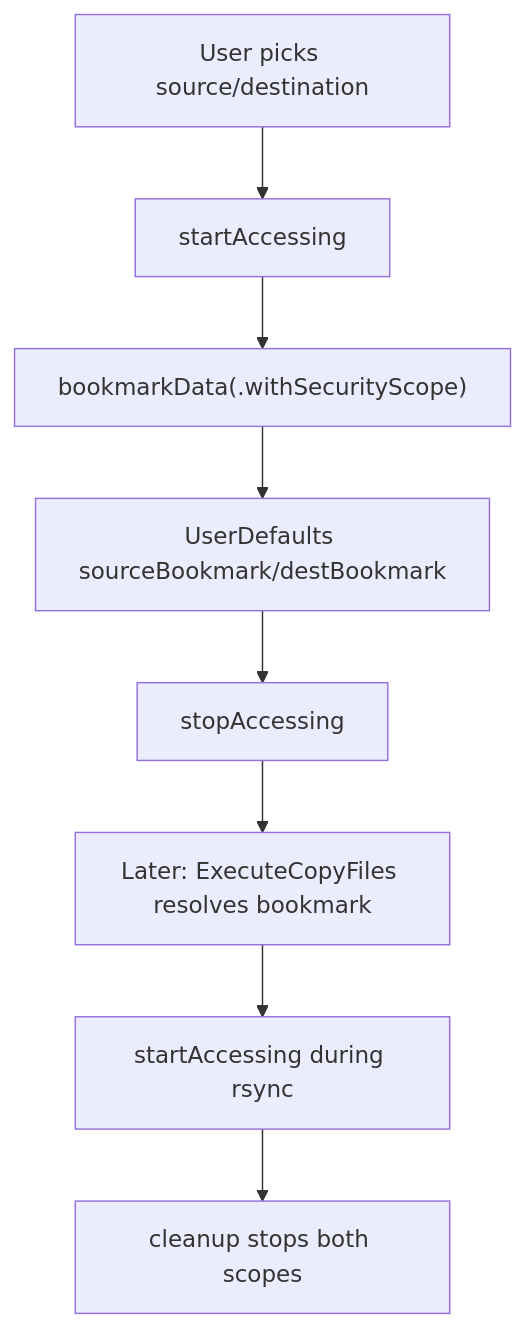
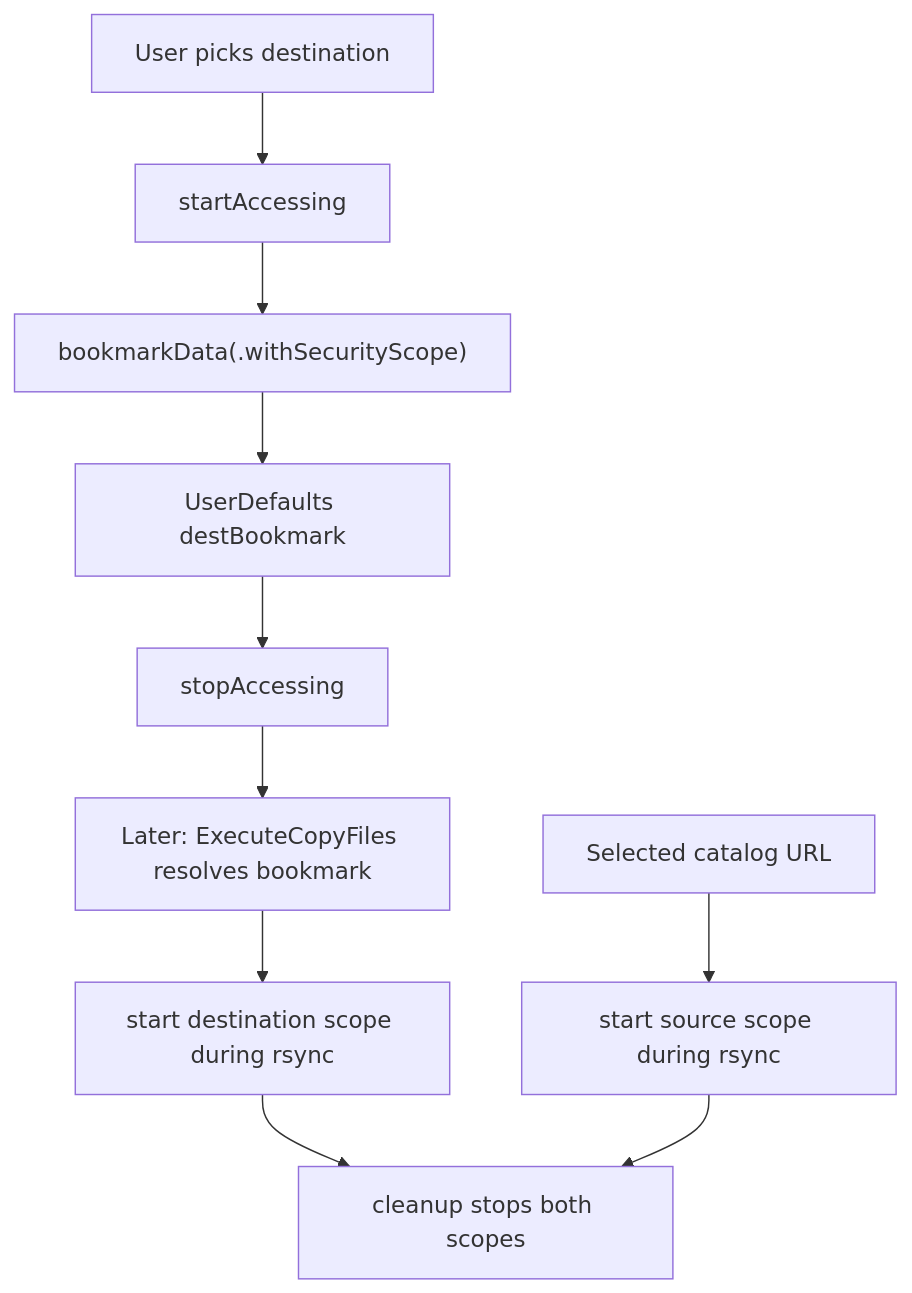
Before and after one commit to rsyncOSX/TechDocRawcull: the fourth of 4 diagrams in content/en/docs/security.md, drawn with Mermaid. The commit also changed other lines of this file and 36 other files, not shown here.

````diff
--- a/content/en/docs/security.md
+++ b/content/en/docs/security.md
@@ -177,10 +178,12 @@
 ```mermaid
 flowchart TD
-    A["User picks source/destination"] --> B["startAccessing"]
+    A["User picks destination"] --> B["startAccessing"]
     B --> C["bookmarkData(.withSecurityScope)"]
-    C --> D["UserDefaults sourceBookmark/destBookmark"]
+    C --> D["UserDefaults destBookmark"]
     D --> E["stopAccessing"]
     E --> F["Later: ExecuteCopyFiles resolves bookmark"]
-    F --> G["startAccessing during rsync"]
-    G --> H["cleanup stops both scopes"]
+    F --> G["start destination scope during rsync"]
+    S["Selected catalog URL"] --> H["start source scope during rsync"]
+    G --> I["cleanup stops both scopes"]
+    H --> I
 ```
````
